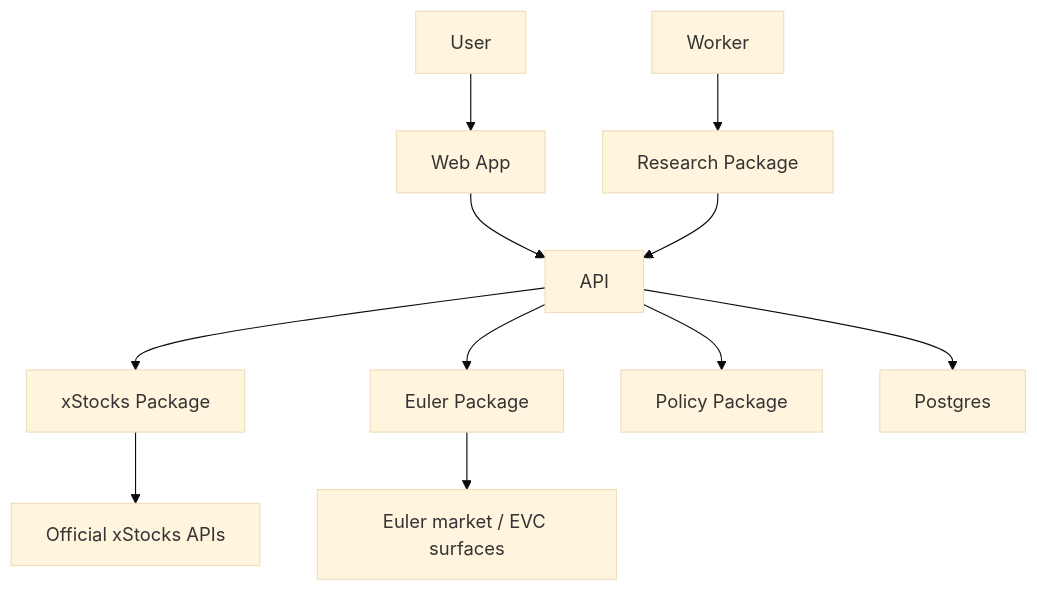
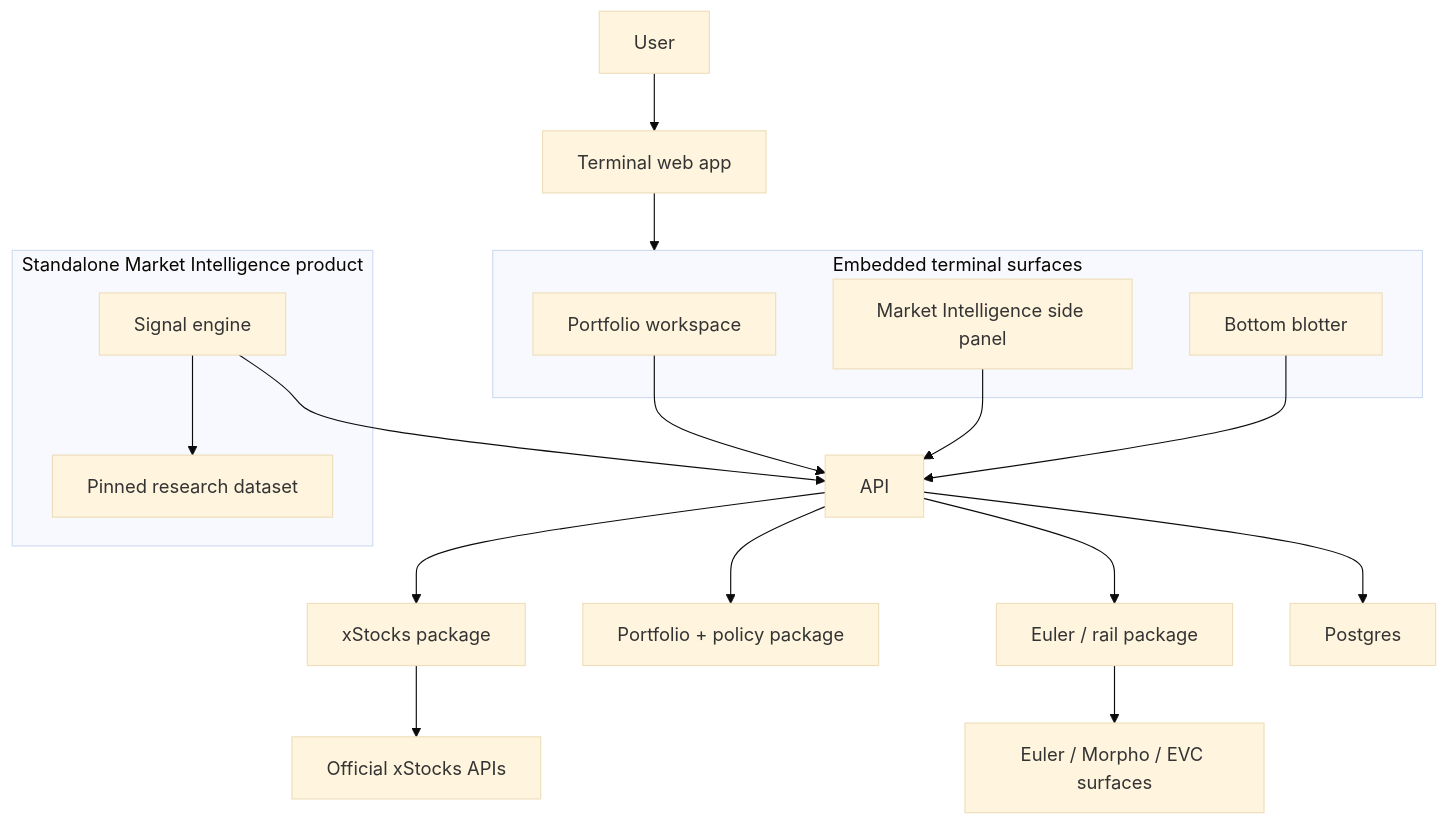
The first of 3 diagrams in docs/DIAGRAMS.md (twentyOne2x/xstocks-strategy-lab), drawn with Mermaid (base theme) before and after one commit. The commit also changed other lines of this file and 1 other file, not shown here.

First line of the commit message:
Align diagrams with intelligence-led terminal architecture

````diff
--- a/docs/DIAGRAMS.md
+++ b/docs/DIAGRAMS.md
@@ -5,13 +5,25 @@
 ```mermaid
 flowchart TD
-    A["User"] --> B["Web App"]
-    B --> C["API"]
-    C --> D["xStocks Package"]
-    C --> E["Euler Package"]
-    C --> F["Policy Package"]
-    G["Worker"] --> H["Research Package"]
-    H --> C
-    D --> I["Official xStocks APIs"]
-    E --> J["Euler market / EVC surfaces"]
-    C --> K["Postgres"]
+    A["User"] --> B["Terminal web app"]
+    subgraph T["Embedded terminal surfaces"]
+        C["Portfolio workspace"]
+        D["Market Intelligence side panel"]
+        E["Bottom blotter"]
+    end
+    B --> T
+    C --> F["API"]
+    D --> F
+    E --> F
+    subgraph M["Standalone Market Intelligence product"]
+        G["Signal engine"]
+        H["Pinned research dataset"]
+    end
+    F --> I["xStocks package"]
+    F --> J["Portfolio + policy package"]
+    F --> K["Euler / rail package"]
+    G --> F
+    G --> H
+    I --> L["Official xStocks APIs"]
+    K --> N["Euler / Morpho / EVC surfaces"]
+    F --> O["Postgres"]
 ```
````
